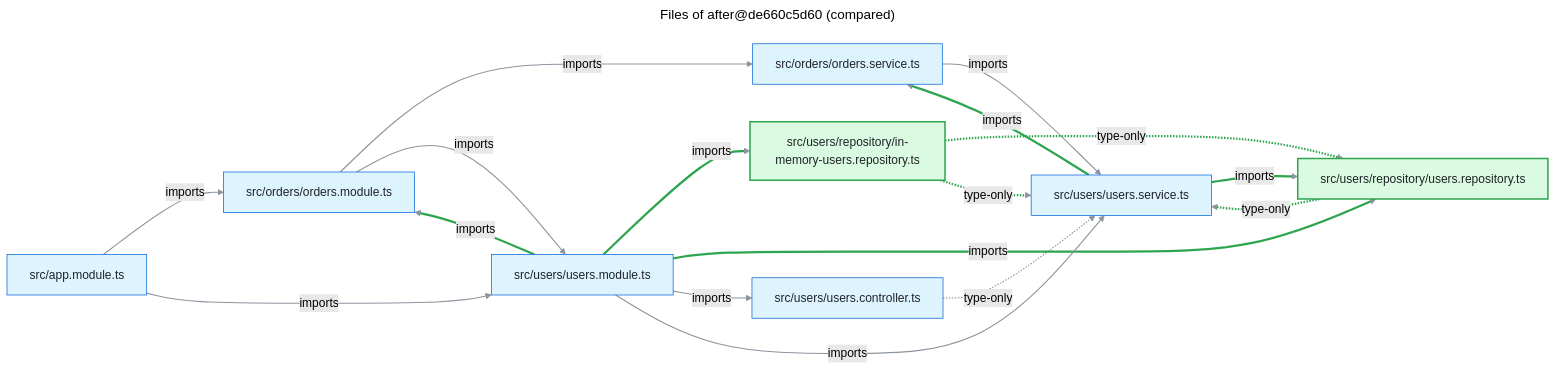
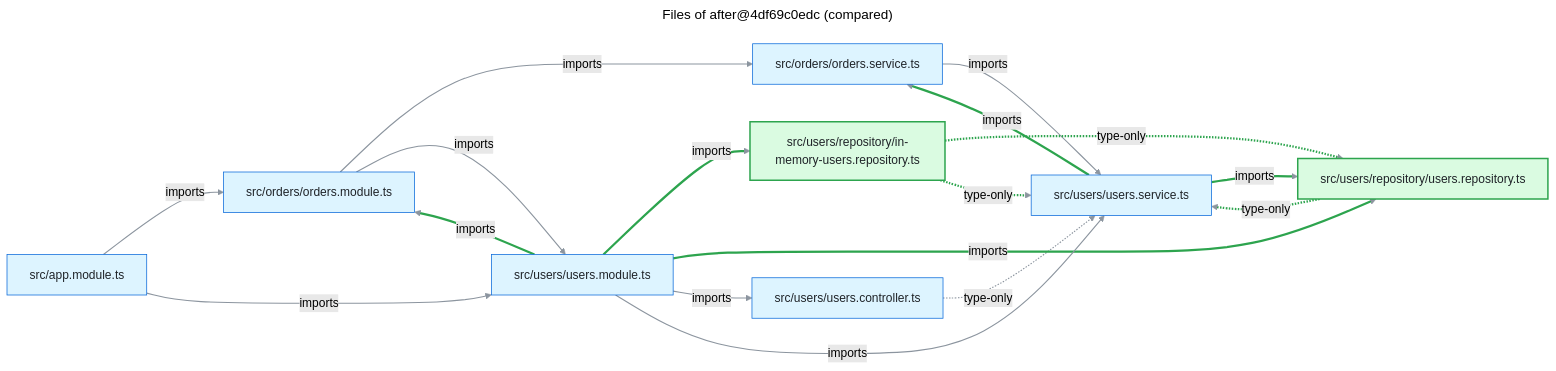
One commit to FullFran/archsieve changed the diagram in examples/nest-shop/files-compare.mmd. Above: the diagram before and after it, drawn with Mermaid (forest theme). The commit also changed 22 other files, not shown here.

```diff
--- a/examples/nest-shop/files-compare.mmd
+++ b/examples/nest-shop/files-compare.mmd
@@ -1,47 +1,47 @@
 ---
-title: "Files of after@de660c5d60 (compared)"
+title: "Files of after@4df69c0edc (compared)"
 ---
 flowchart LR
   n0["src/app.module.ts"]:::code
   n1["src/orders/orders.module.ts"]:::code
   n2["src/orders/orders.service.ts"]:::code
   n3["src/users/repository/in-memory-users.repository.ts"]:::added
   n4["src/users/repository/users.repository.ts"]:::added
   n5["src/users/users.controller.ts"]:::code
   n6["src/users/users.module.ts"]:::code
   n7["src/users/users.service.ts"]:::code
   n0 -->|"imports"| n1
   n0 -->|"imports"| n6
   n1 -->|"imports"| n2
   n1 -->|"imports"| n6
   n2 -->|"imports"| n7
   n3 -.->|"type-only"| n4
   n3 -.->|"type-only"| n7
   n4 -.->|"type-only"| n7
   n5 -.->|"type-only"| n7
   n6 -->|"imports"| n1
   n6 -->|"imports"| n3
   n6 -->|"imports"| n4
   n6 -->|"imports"| n5
   n6 -->|"imports"| n7
   n7 -->|"imports"| n2
   n7 -->|"imports"| n4
   linkStyle default stroke:#8c959f,stroke-width:1.5px
   linkStyle 5 stroke:#2da44e,stroke-width:3px
   linkStyle 6 stroke:#2da44e,stroke-width:3px
   linkStyle 7 stroke:#2da44e,stroke-width:3px
   linkStyle 9 stroke:#2da44e,stroke-width:3px
   linkStyle 10 stroke:#2da44e,stroke-width:3px
   linkStyle 11 stroke:#2da44e,stroke-width:3px
   linkStyle 14 stroke:#2da44e,stroke-width:3px
   linkStyle 15 stroke:#2da44e,stroke-width:3px
   classDef code fill:#ddf4ff,stroke:#0969da,color:#1f2328
   classDef external fill:#fff8c5,stroke:#9a6700,color:#1f2328
   classDef module fill:#fbefff,stroke:#8250df,color:#1f2328
   classDef added fill:#dafbe1,stroke:#2da44e,stroke-width:2px,color:#1f2328
   classDef removed fill:#ffebe9,stroke:#cf222e,stroke-dasharray:4 3,color:#1f2328
   classDef boundary fill:#f6f8fa,stroke:#57606a,stroke-dasharray:6 4,color:#1f2328
   classDef container fill:#ddf4ff,stroke:#0969da,stroke-width:2px,color:#1f2328
   classDef unverified fill:#ffffff,stroke:#0969da,stroke-width:2px,stroke-dasharray:5 3,color:#1f2328
   classDef undeclared fill:#fff1e5,stroke:#bc4c00,stroke-width:2px,color:#1f2328
   classDef focus fill:#ddf4ff,stroke:#0969da,stroke-width:4px,color:#1f2328
```
